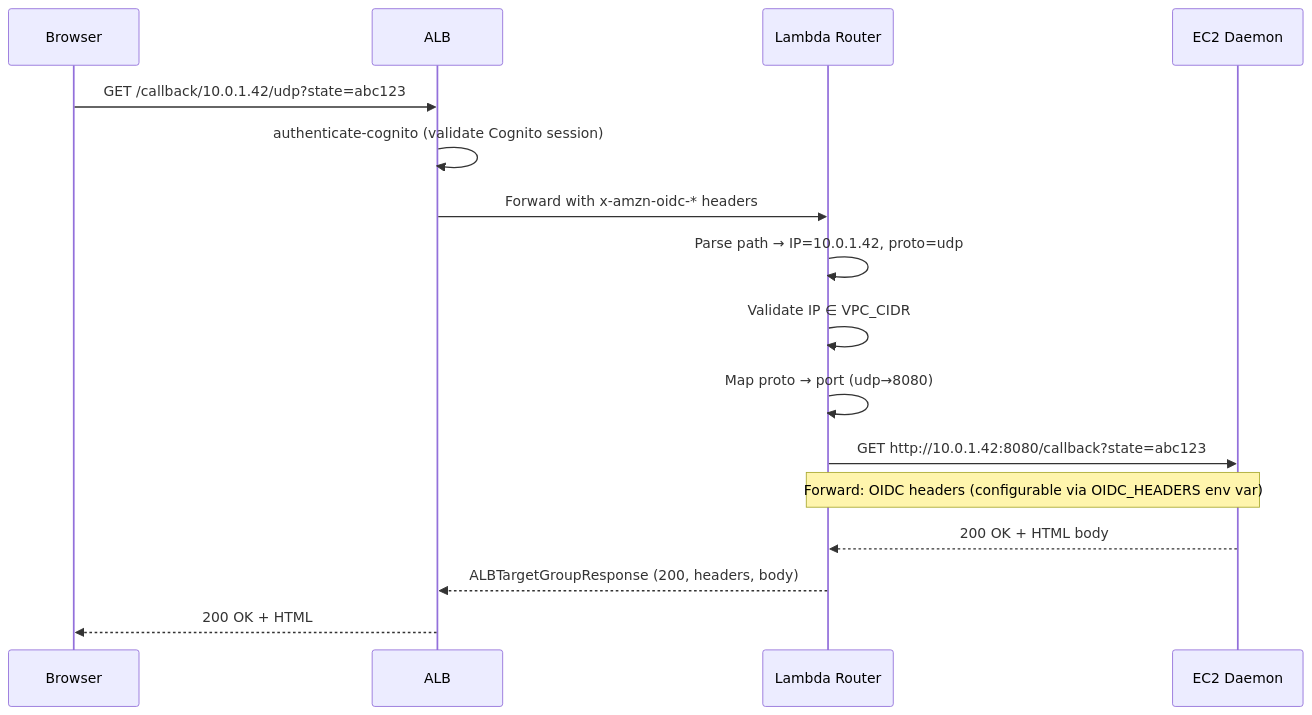
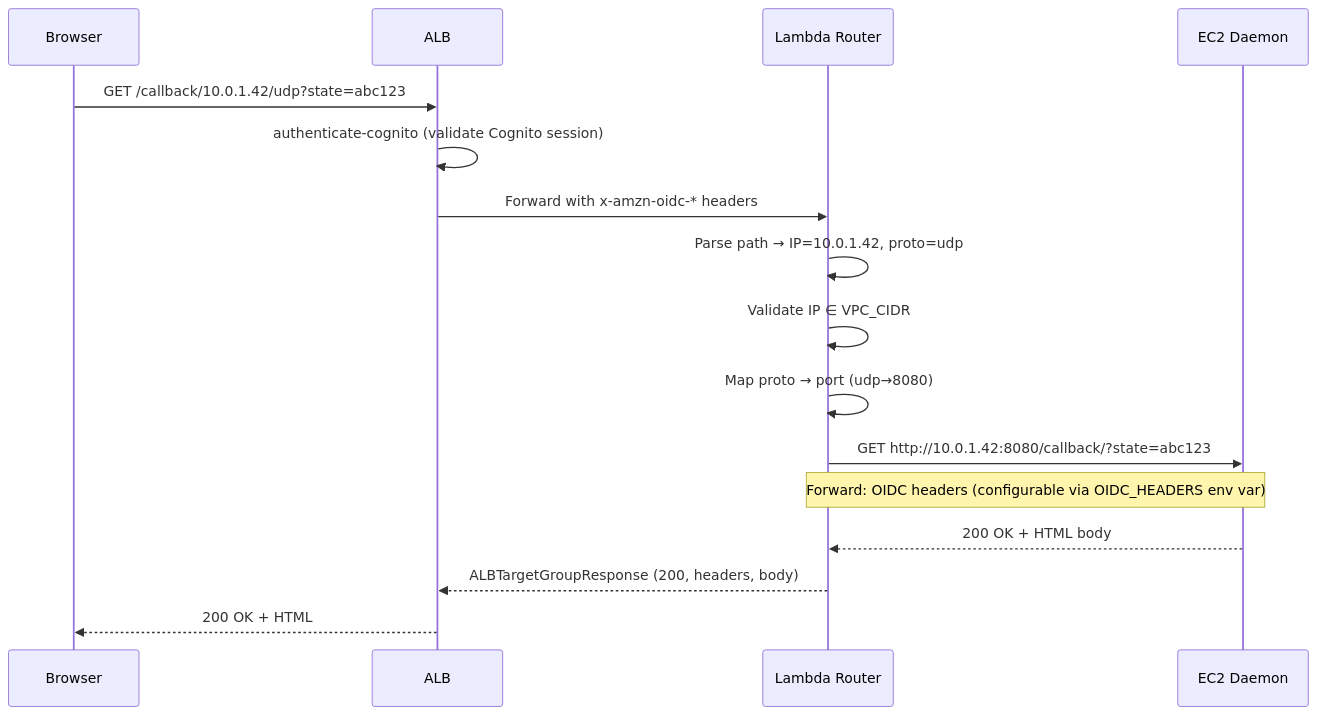
Before and after one commit to luk-kop/openvpn-auth-aws: the second of 3 diagrams in docs/lambda-router-proxy.md, drawn with Mermaid. The commit also changed other lines of this file and 6 other files, not shown here.

````diff
--- a/docs/lambda-router-proxy.md
+++ b/docs/lambda-router-proxy.md
@@ -39,19 +39,19 @@
 ```mermaid
 sequenceDiagram
     participant B as Browser
     participant ALB as ALB
     participant L as Lambda Router
     participant EC2 as EC2 Daemon
 
     B->>ALB: GET /callback/10.0.1.42/udp?state=abc123
     ALB->>ALB: authenticate-cognito (validate Cognito session)
     ALB->>L: Forward with x-amzn-oidc-* headers
     L->>L: Parse path → IP=10.0.1.42, proto=udp
     L->>L: Validate IP ∈ VPC_CIDR
     L->>L: Map proto → port (udp→8080)
-    L->>EC2: GET http://10.0.1.42:8080/callback?state=abc123
+    L->>EC2: GET http://10.0.1.42:8080/callback/?state=abc123
     Note over L,EC2: Forward: OIDC headers (configurable via OIDC_HEADERS env var)
     EC2-->>L: 200 OK + HTML body
     L-->>ALB: ALBTargetGroupResponse (200, headers, body)
     ALB-->>B: 200 OK + HTML
 ```
````
